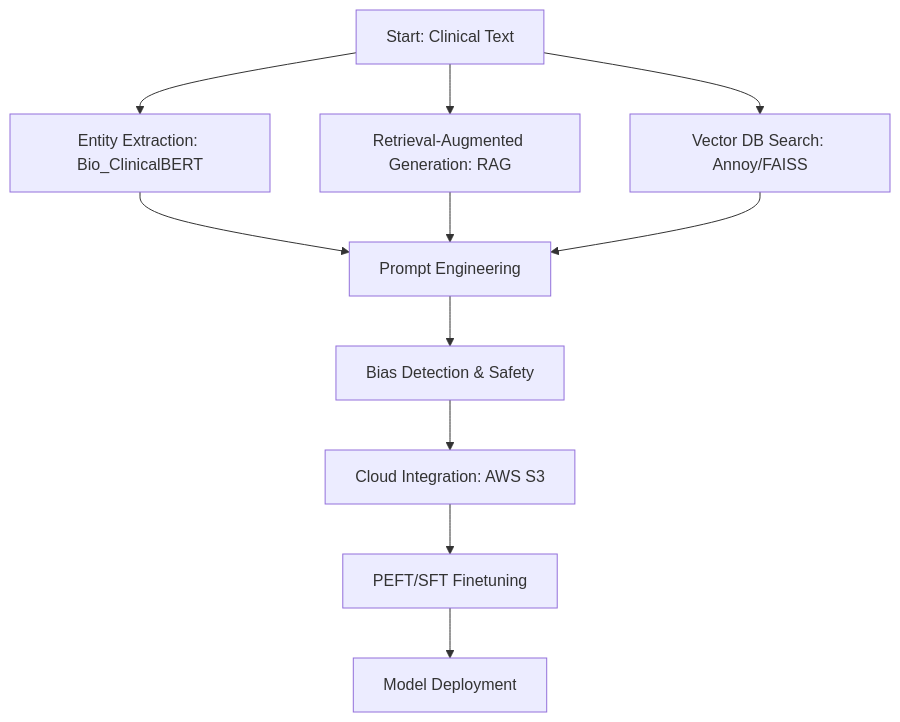
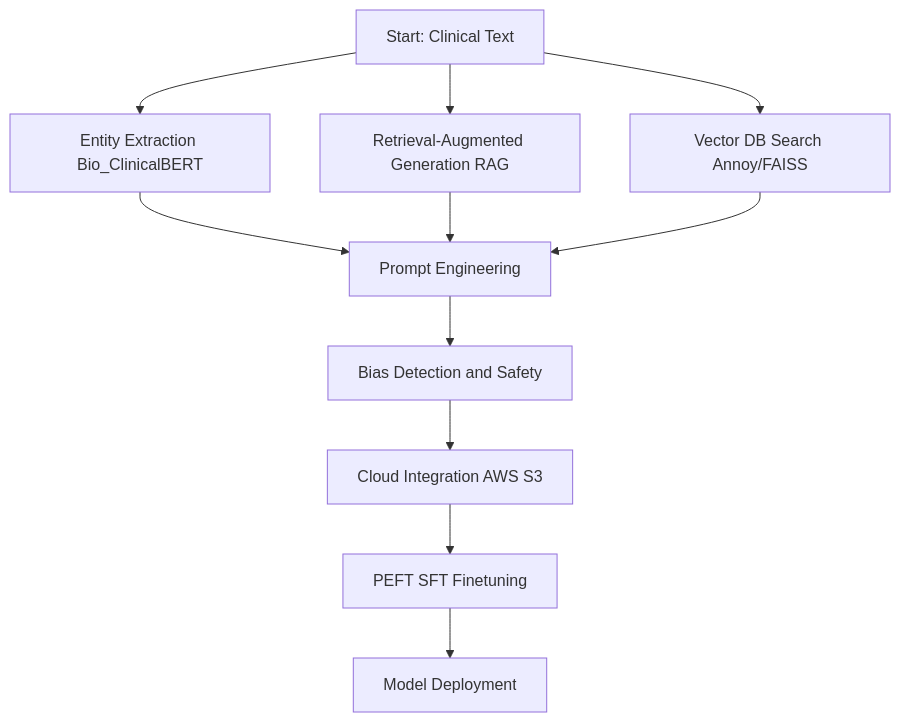
The fourth of 4 diagrams in README.md (justin-mbca/clinical-nlp-portfolio), drawn with Mermaid before and after one commit.

Commit message:
Update README: ensure Mermaid diagram uses round brackets for GitHub compatibility

````diff
--- a/README.md
+++ b/README.md
@@ -184,13 +184,13 @@
 ```mermaid
 flowchart TD
-	A[Start: Clinical Text] --> B[Entity Extraction: Bio_ClinicalBERT]
-	A --> C[Retrieval-Augmented Generation: RAG]
-	A --> D[Vector DB Search: Annoy/FAISS]
+	A[Start: Clinical Text] --> B[Entity Extraction Bio_ClinicalBERT]
+	A --> C[Retrieval-Augmented Generation RAG]
+	A --> D[Vector DB Search Annoy/FAISS]
 	B --> E[Prompt Engineering]
 	C --> E
 	D --> E
-	E --> F[Bias Detection & Safety]
-	F --> G[Cloud Integration: AWS S3]
-	G --> H[PEFT/SFT Finetuning]
+	E --> F[Bias Detection and Safety]
+	F --> G[Cloud Integration AWS S3]
+	G --> H[PEFT SFT Finetuning]
 	H --> I[Model Deployment]
 ```
````
